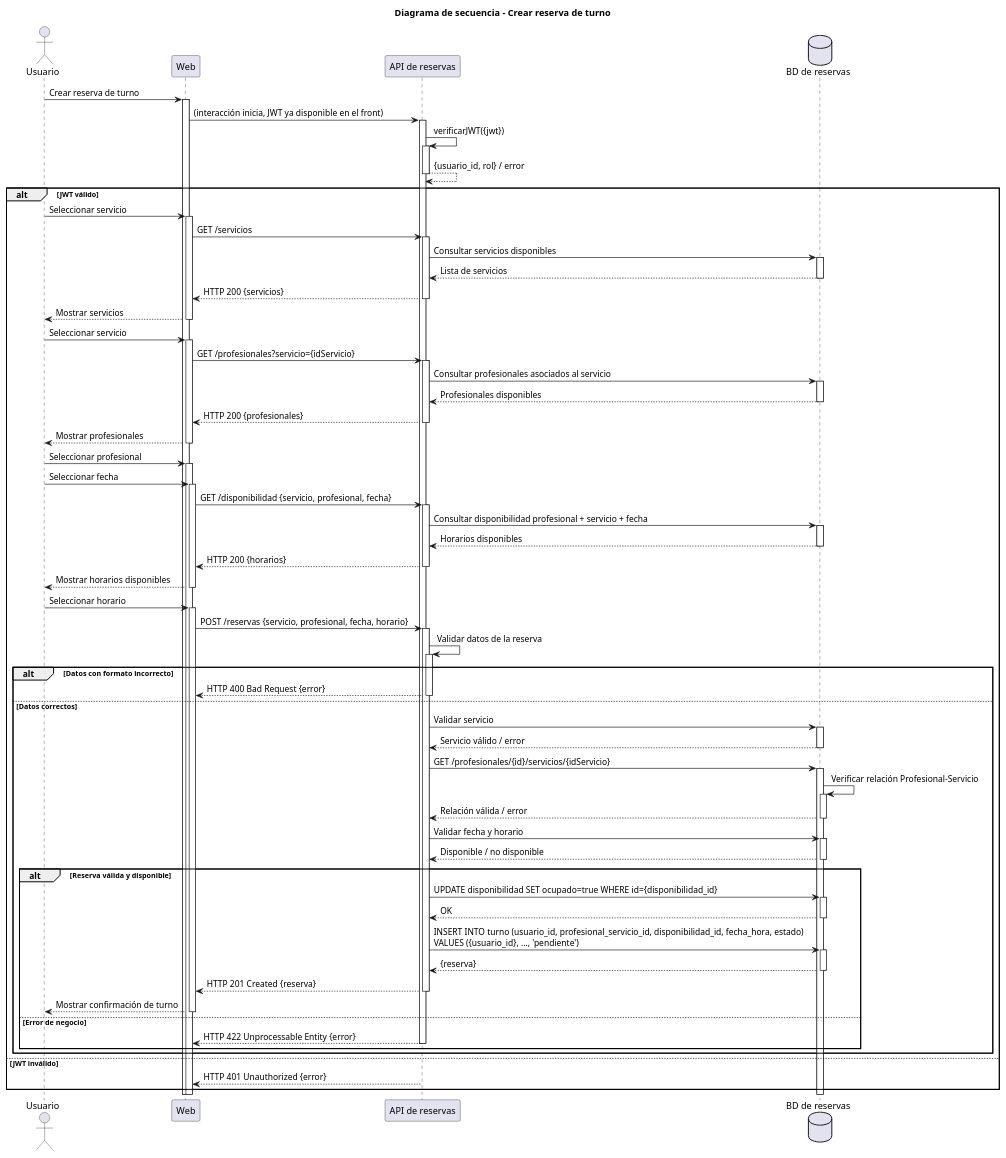
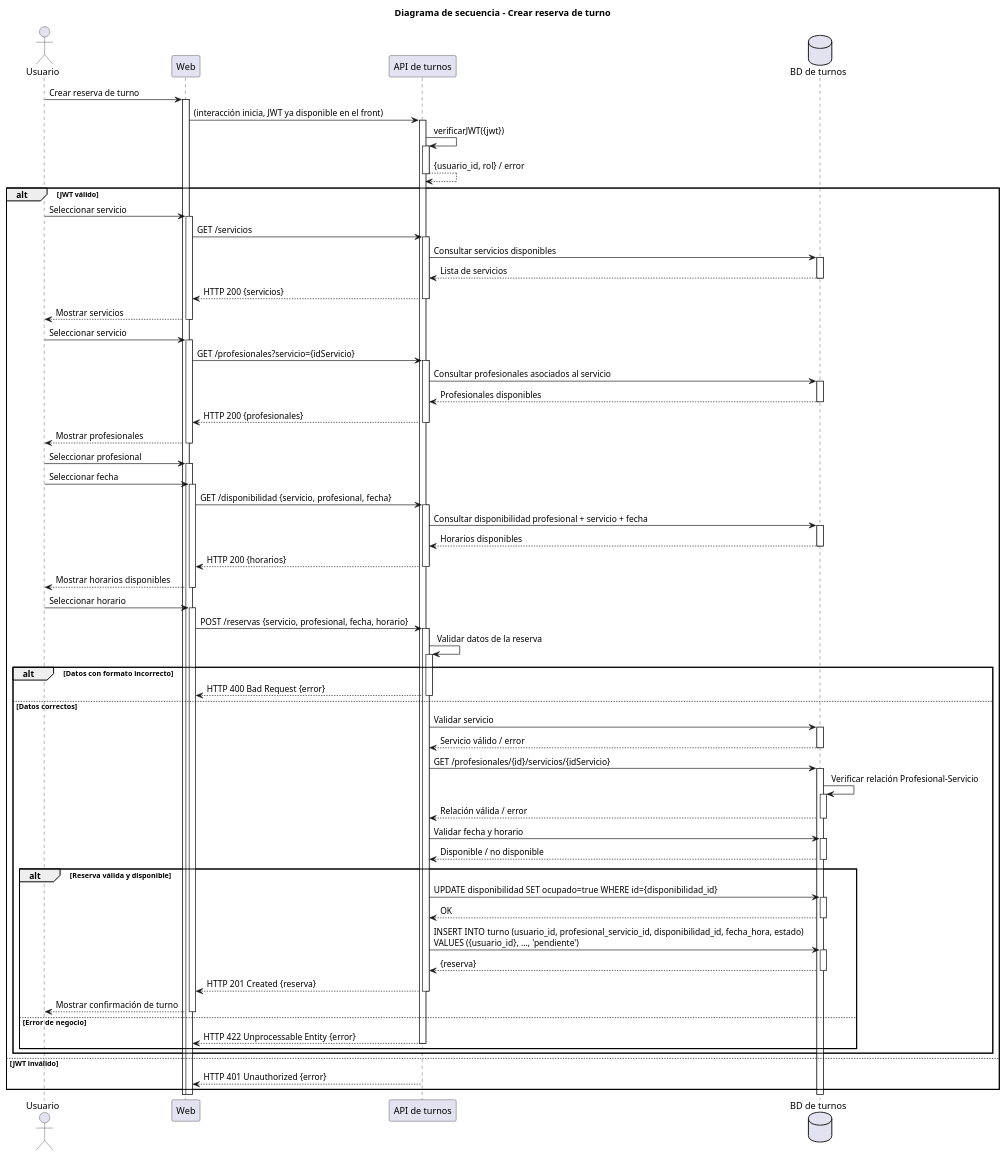
The diagram in diagramas/DiagramaSecuencia_reservaTurno.puml (mpiabsas61/EsteticaDocumentacion), drawn with PlantUML before and after one commit. The commit also changed 1 other file, not shown here.

Commit message:
Diagramas Reserva, Cambio y Cancelacion de Turnos I

```diff
--- a/diagramas/DiagramaSecuencia_reservaTurno.puml
+++ b/diagramas/DiagramaSecuencia_reservaTurno.puml
@@ -1,76 +1,76 @@
 @startuml
 
 title Diagrama de secuencia - Crear reserva de turno
 
 actor Usuario as u
 participant Web as w
-participant "API de reservas" as apir
-database "BD de reservas" as dbr
+participant "API de turnos" as apit
+database "BD de turnos" as dbt
 
 autoactivate on
 
 u -> w: Crear reserva de turno
-w -> apir: (interacción inicia, JWT ya disponible en el front)
-apir -> apir: verificarJWT({jwt})
-apir --> apir: {usuario_id, rol} / error
+w -> apit: (interacción inicia, JWT ya disponible en el front)
+apit -> apit: verificarJWT({jwt})
+apit --> apit: {usuario_id, rol} / error
 
 alt JWT válido
 
   u -> w: Seleccionar servicio
-  w -> apir: GET /servicios
-  apir -> dbr: Consultar servicios disponibles
-  dbr --> apir: Lista de servicios
-  apir --> w: HTTP 200 {servicios}
+  w -> apit: GET /servicios
+  apit -> dbt: Consultar servicios disponibles
+  dbt --> apit: Lista de servicios
+  apit --> w: HTTP 200 {servicios}
   w --> u: Mostrar servicios
 
   u -> w: Seleccionar servicio
-  w -> apir: GET /profesionales?servicio={idServicio}
-  apir -> dbr: Consultar profesionales asociados al servicio
-  dbr --> apir: Profesionales disponibles
-  apir --> w: HTTP 200 {profesionales}
+  w -> apit: GET /profesionales?servicio={idServicio}
+  apit -> dbt: Consultar profesionales asociados al servicio
+  dbt --> apit: Profesionales disponibles
+  apit --> w: HTTP 200 {profesionales}
   w --> u: Mostrar profesionales
 
   u -> w: Seleccionar profesional
   u -> w: Seleccionar fecha
-  w -> apir: GET /disponibilidad {servicio, profesional, fecha}
-  apir -> dbr: Consultar disponibilidad profesional + servicio + fecha
-  dbr --> apir: Horarios disponibles
-  apir --> w: HTTP 200 {horarios}
+  w -> apit: GET /disponibilidad {servicio, profesional, fecha}
+  apit -> dbt: Consultar disponibilidad profesional + servicio + fecha
+  dbt --> apit: Horarios disponibles
+  apit --> w: HTTP 200 {horarios}
   w --> u: Mostrar horarios disponibles
 
   u -> w: Seleccionar horario
-  w -> apir: POST /reservas {servicio, profesional, fecha, horario}
-  apir -> apir: Validar datos de la reserva
+  w -> apit: POST /reservas {servicio, profesional, fecha, horario}
+  apit -> apit: Validar datos de la reserva
 
   alt Datos con formato incorrecto
-    apir --> w: HTTP 400 Bad Request {error}
+    apit --> w: HTTP 400 Bad Request {error}
   else Datos correctos
 
-    apir -> dbr: Validar servicio
-    dbr --> apir: Servicio válido / error
+    apit -> dbt: Validar servicio
+    dbt --> apit: Servicio válido / error
 
-    apir -> dbr: GET /profesionales/{id}/servicios/{idServicio}
-    dbr -> dbr: Verificar relación Profesional-Servicio
-    dbr --> apir: Relación válida / error
+    apit -> dbt: GET /profesionales/{id}/servicios/{idServicio}
+    dbt -> dbt: Verificar relación Profesional-Servicio
+    dbt --> apit: Relación válida / error
 
-    apir -> dbr: Validar fecha y horario
-    dbr --> apir: Disponible / no disponible
+    apit -> dbt: Validar fecha y horario
+    dbt --> apit: Disponible / no disponible
 
     alt Reserva válida y disponible
-      apir -> dbr: UPDATE disponibilidad SET ocupado=true WHERE id={disponibilidad_id}
-      dbr --> apir: OK
-      apir -> dbr: INSERT INTO turno (usuario_id, profesional_servicio_id, disponibilidad_id, fecha_hora, estado) \nVALUES ({usuario_id}, ..., 'pendiente')
-      dbr --> apir: {reserva}
-      apir --> w: HTTP 201 Created {reserva}
+      apit -> dbt: UPDATE disponibilidad SET ocupado=true WHERE id={disponibilidad_id}
+      dbt --> apit: OK
+      apit -> dbt: INSERT INTO turno (usuario_id, profesional_servicio_id, disponibilidad_id, fecha_hora, estado) \nVALUES ({usuario_id}, ..., 'pendiente')
+      dbt --> apit: {reserva}
+      apit --> w: HTTP 201 Created {reserva}
       w --> u: Mostrar confirmación de turno
     else Error de negocio
-      apir --> w: HTTP 422 Unprocessable Entity {error}
+      apit --> w: HTTP 422 Unprocessable Entity {error}
     end
 
   end
 
 else JWT inválido
-  apir --> w: HTTP 401 Unauthorized {error}
+  apit --> w: HTTP 401 Unauthorized {error}
 end
 
 @enduml
```
